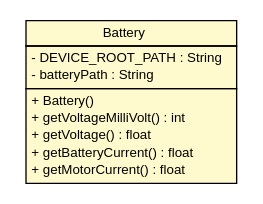
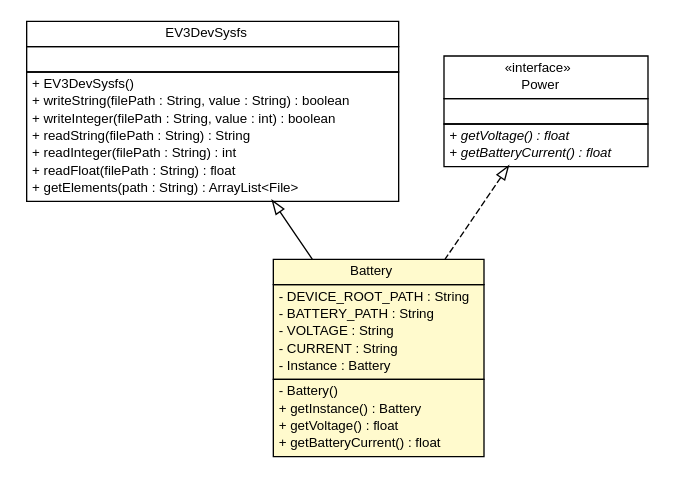
The diagram in docs/api/ev3dev/hardware/Battery.dot (DMyTryC/ev3dev-lang-java), drawn with Graphviz before and after one commit. The commit also changed 477 other files, not shown here.

```diff
--- a/docs/api/ev3dev/hardware/Battery.dot
+++ b/docs/api/ev3dev/hardware/Battery.dot
@@ -1,29 +1,67 @@
 #!/usr/local/bin/dot
 #
 # Class diagram 
 # Generated by UMLGraph version R5_6-24-gf6e263 (http://www.umlgraph.org/)
 #
 
 digraph G {
 	edge [fontname="Helvetica",fontsize=10,labelfontname="Helvetica",labelfontsize=10];
 	node [fontname="Helvetica",fontsize=10,shape=plaintext];
 	nodesep=0.25;
 	ranksep=0.5;
 	// ev3dev.hardware.Battery
-	c992 [label=<<table title="ev3dev.hardware.Battery" border="0" cellborder="1" cellspacing="0" cellpadding="2" port="p" bgcolor="lemonChiffon" href="./Battery.html">
+	c1394 [label=<<table title="ev3dev.hardware.Battery" border="0" cellborder="1" cellspacing="0" cellpadding="2" port="p" bgcolor="lemonChiffon" href="./Battery.html">
 		<tr><td><table border="0" cellspacing="0" cellpadding="1">
 <tr><td align="center" balign="center"> Battery </td></tr>
 		</table></td></tr>
 		<tr><td><table border="0" cellspacing="0" cellpadding="1">
 <tr><td align="left" balign="left"> - DEVICE_ROOT_PATH : String </td></tr>
-<tr><td align="left" balign="left"> - batteryPath : String </td></tr>
+<tr><td align="left" balign="left"> - BATTERY_PATH : String </td></tr>
+<tr><td align="left" balign="left"> - VOLTAGE : String </td></tr>
+<tr><td align="left" balign="left"> - CURRENT : String </td></tr>
+<tr><td align="left" balign="left"> - Instance : Battery </td></tr>
 		</table></td></tr>
 		<tr><td><table border="0" cellspacing="0" cellpadding="1">
-<tr><td align="left" balign="left"> + Battery() </td></tr>
-<tr><td align="left" balign="left"> + getVoltageMilliVolt() : int </td></tr>
+<tr><td align="left" balign="left"> - Battery() </td></tr>
+<tr><td align="left" balign="left"> + getInstance() : Battery </td></tr>
 <tr><td align="left" balign="left"> + getVoltage() : float </td></tr>
 <tr><td align="left" balign="left"> + getBatteryCurrent() : float </td></tr>
-<tr><td align="left" balign="left"> + getMotorCurrent() : float </td></tr>
 		</table></td></tr>
 		</table>>, URL="./Battery.html", fontname="Helvetica", fontcolor="black", fontsize=10.0];
+	// ev3dev.hardware.EV3DevSysfs
+	c1398 [label=<<table title="ev3dev.hardware.EV3DevSysfs" border="0" cellborder="1" cellspacing="0" cellpadding="2" port="p" href="./EV3DevSysfs.html">
+		<tr><td><table border="0" cellspacing="0" cellpadding="1">
+<tr><td align="center" balign="center"> EV3DevSysfs </td></tr>
+		</table></td></tr>
+		<tr><td><table border="0" cellspacing="0" cellpadding="1">
+<tr><td align="left" balign="left">  </td></tr>
+		</table></td></tr>
+		<tr><td><table border="0" cellspacing="0" cellpadding="1">
+<tr><td align="left" balign="left"> + EV3DevSysfs() </td></tr>
+<tr><td align="left" balign="left"> + writeString(filePath : String, value : String) : boolean </td></tr>
+<tr><td align="left" balign="left"> + writeInteger(filePath : String, value : int) : boolean </td></tr>
+<tr><td align="left" balign="left"> + readString(filePath : String) : String </td></tr>
+<tr><td align="left" balign="left"> + readInteger(filePath : String) : int </td></tr>
+<tr><td align="left" balign="left"> + readFloat(filePath : String) : float </td></tr>
+<tr><td align="left" balign="left"> + getElements(path : String) : ArrayList&lt;File&gt; </td></tr>
+		</table></td></tr>
+		</table>>, URL="./EV3DevSysfs.html", fontname="Helvetica", fontcolor="black", fontsize=10.0];
+	// ev3dev.hardware.Power
+	c1399 [label=<<table title="ev3dev.hardware.Power" border="0" cellborder="1" cellspacing="0" cellpadding="2" port="p" href="./Power.html">
+		<tr><td><table border="0" cellspacing="0" cellpadding="1">
+<tr><td align="center" balign="center"> &#171;interface&#187; </td></tr>
+<tr><td align="center" balign="center"> Power </td></tr>
+		</table></td></tr>
+		<tr><td><table border="0" cellspacing="0" cellpadding="1">
+<tr><td align="left" balign="left">  </td></tr>
+		</table></td></tr>
+		<tr><td><table border="0" cellspacing="0" cellpadding="1">
+<tr><td align="left" balign="left"><font face="Helvetica-Oblique" point-size="10.0"> + getVoltage() : float </font></td></tr>
+<tr><td align="left" balign="left"><font face="Helvetica-Oblique" point-size="10.0"> + getBatteryCurrent() : float </font></td></tr>
+		</table></td></tr>
+		</table>>, URL="./Power.html", fontname="Helvetica", fontcolor="black", fontsize=10.0];
+	//ev3dev.hardware.Battery extends ev3dev.hardware.EV3DevSysfs
+	c1398:p -> c1394:p [dir=back,arrowtail=empty];
+	//ev3dev.hardware.Battery implements ev3dev.hardware.Power
+	c1399:p -> c1394:p [dir=back,arrowtail=empty,style=dashed];
 }
```
